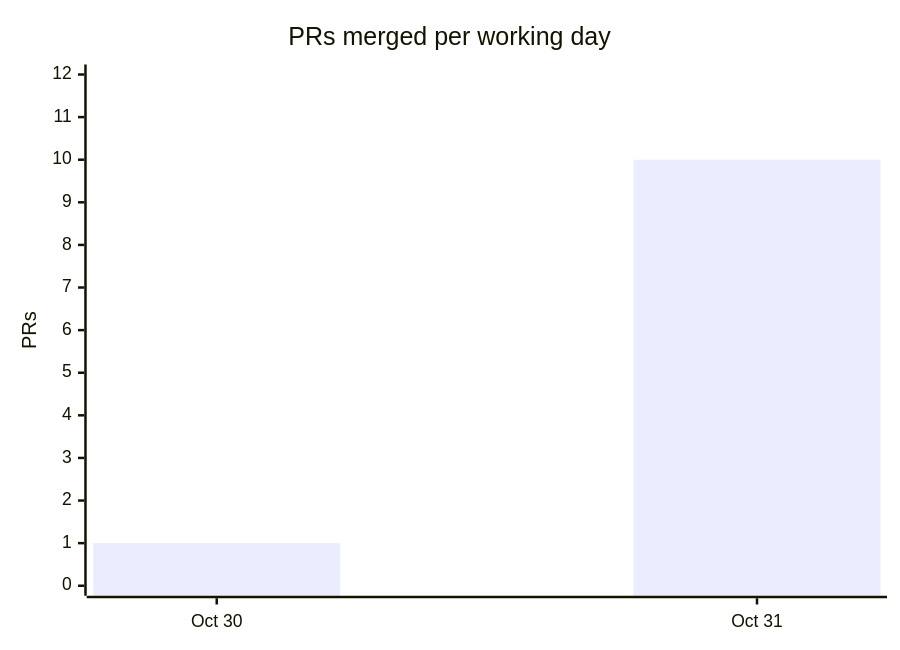
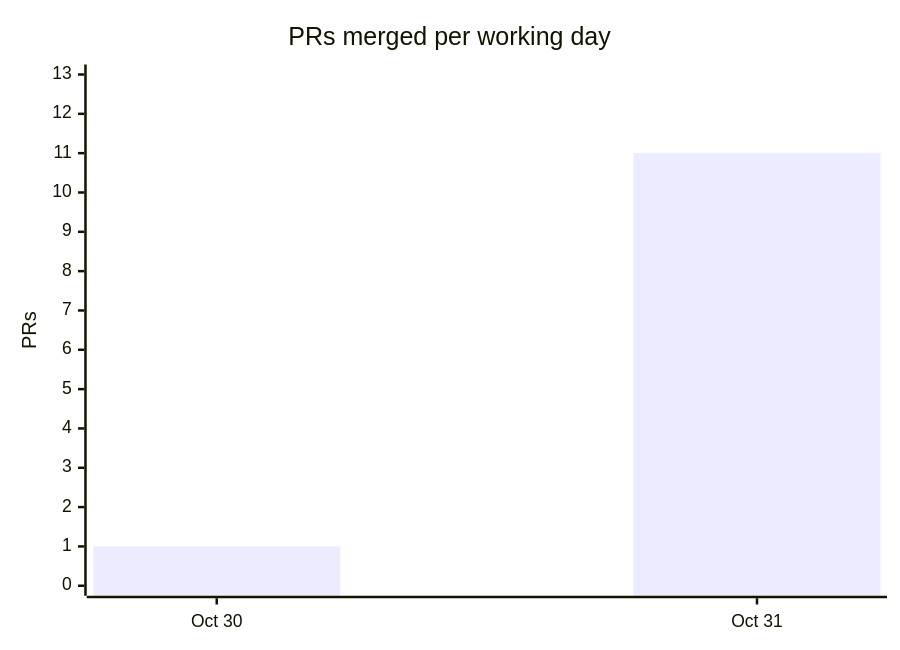
Before and after one commit to cmprssd/nfsh: the fourth of 4 diagrams in docs/OVERVIEW.md, drawn with Mermaid. The commit also changed other lines of this file and 13 other files, not shown here.

````diff
--- a/docs/OVERVIEW.md
+++ b/docs/OVERVIEW.md
@@ -131,7 +132,7 @@
 ```mermaid
 xychart-beta
     title "PRs merged per working day"
     x-axis ["Oct 30", "Oct 31"]
-    y-axis "PRs" 0 --> 12
-    bar [1, 10]
+    y-axis "PRs" 0 --> 13
+    bar [1, 11]
 ```
````
